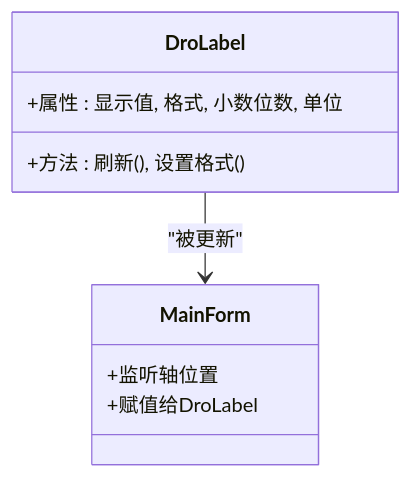
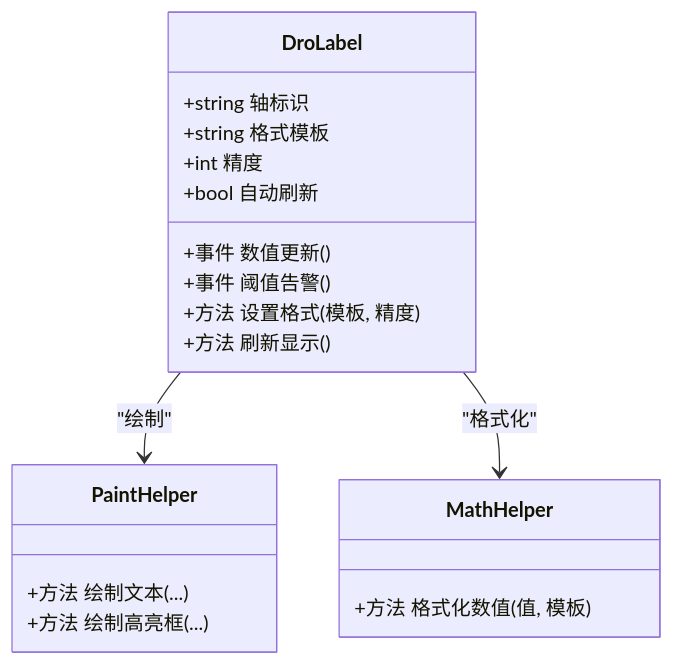
The fourth of 6 diagrams in .qoder/repowiki/zh/content/自定义控件库/基础控件.md (fuweiq94-cloud/3399180760), drawn with Mermaid before and after one commit. The commit also changed other lines of this file and 94 other files, not shown here.

````diff
--- a/.qoder/repowiki/zh/content/自定义控件库/基础控件.md
+++ b/.qoder/repowiki/zh/content/自定义控件库/基础控件.md
@@ -199,12 +248,22 @@
 ```mermaid
 classDiagram
 class DroLabel {
-+属性 : 显示值, 格式, 小数位数, 单位
-+方法 : 刷新(), 设置格式()
++string 轴标识
++string 格式模板
++int 精度
++bool 自动刷新
++事件 数值更新()
++事件 阈值告警()
++方法 设置格式(模板, 精度)
++方法 刷新显示()
 }
-class MainForm {
-+监听轴位置
-+赋值给DroLabel
+class PaintHelper {
++方法 绘制文本(...)
++方法 绘制高亮框(...)
 }
-DroLabel --> MainForm : "被更新"
+class MathHelper {
++方法 格式化数值(值, 模板)
+}
+DroLabel --> PaintHelper : "绘制"
+DroLabel --> MathHelper : "格式化"
 ```
````
